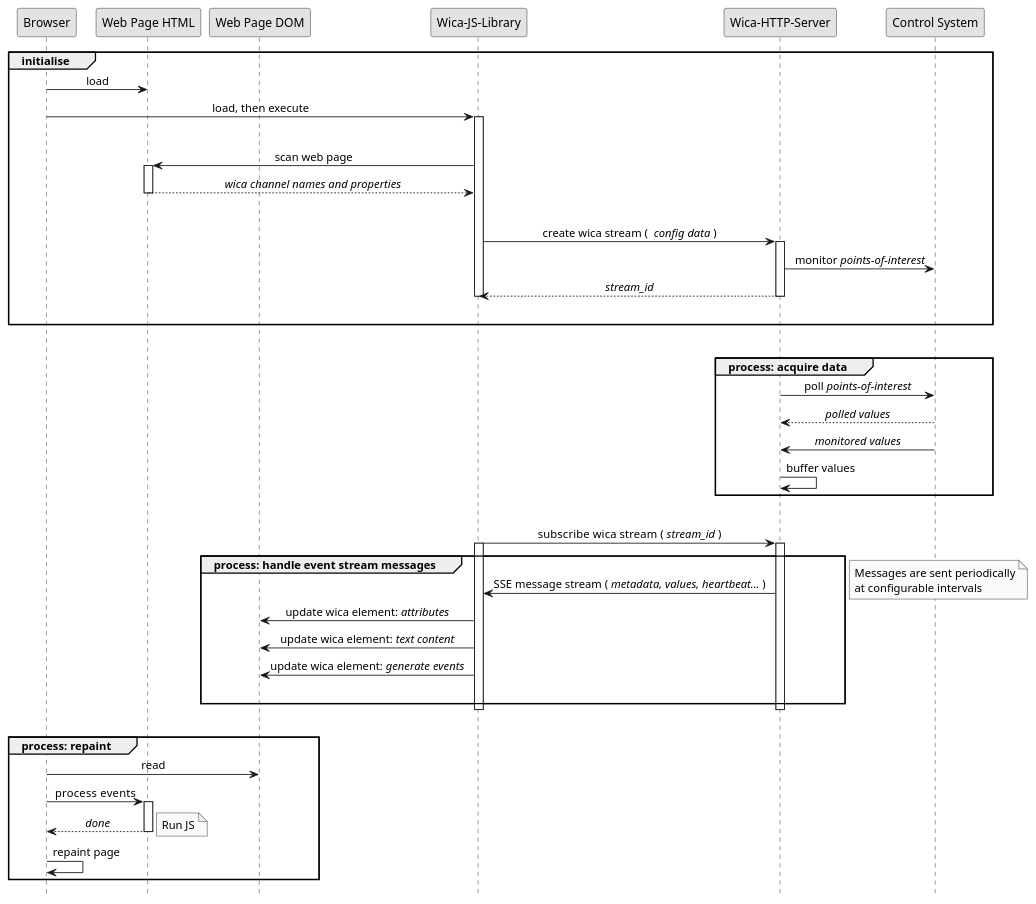
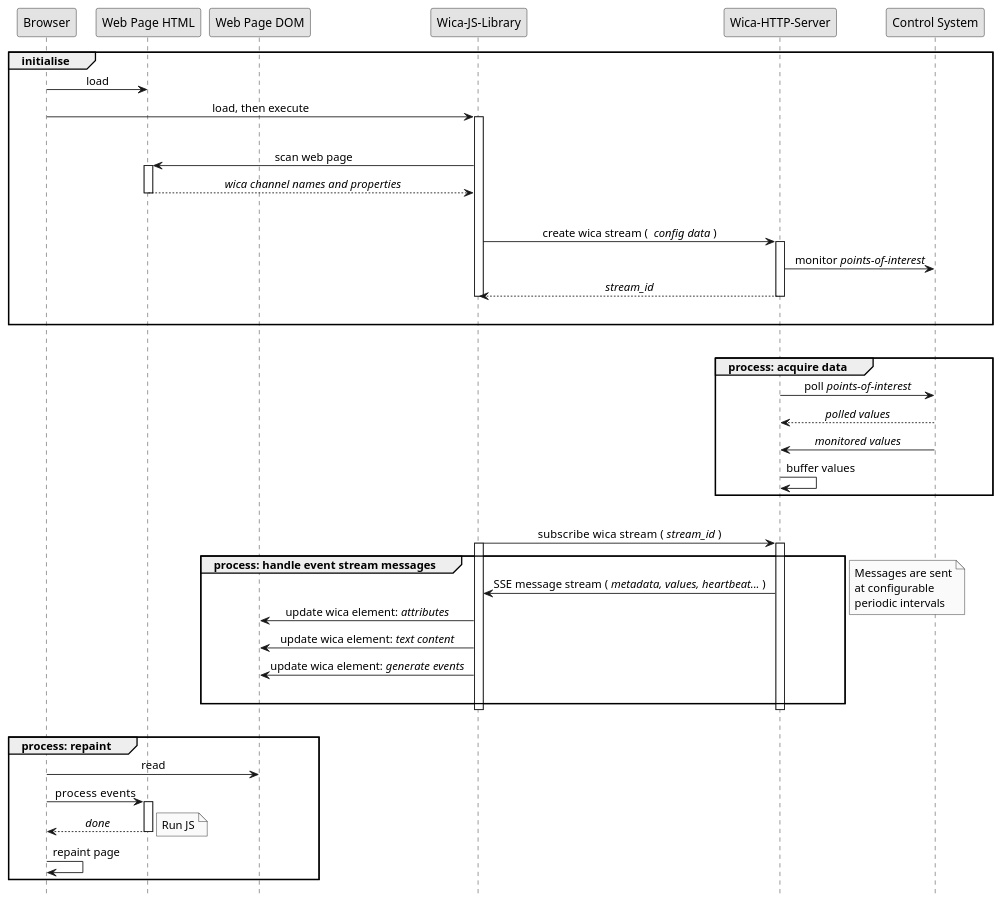
One commit to paulscherrerinstitute/wica-js changed the diagram in docs/sequence.puml. Above: the diagram before and after it, drawn with PlantUML. The commit also changed other lines of this file and 1 other file, not shown here.

```diff
--- a/docs/sequence.puml
+++ b/docs/sequence.puml
@@ -3,61 +7,61 @@
 @startuml
 
 participant "Browser"
 participant "Web Page HTML"
 participant "Web Page DOM"
 participant "Wica-JS-Library"
 participant "Wica-HTTP-Server"
 participant "Control System"
 
 hide footbox
 skinparam sequenceMessageAlign center
 skinparam monochrome true
 
 group initialise
 "Browser" -> "Web Page HTML" : load
 "Browser" -> "Wica-JS-Library" : load, then execute
 |||
 activate "Wica-JS-Library"
 "Wica-JS-Library" -> "Web Page HTML"  : scan web page
 activate "Web Page HTML"
 return // wica channel names and properties//
 |||
 "Wica-JS-Library" -> "Wica-HTTP-Server" : create wica stream ( // config data// )
 activate "Wica-HTTP-Server"
     "Wica-HTTP-Server" -> "Control System" : monitor //points-of-interest//
 return //stream_id//
 deactivate "Wica-JS-Library"
 |||
 end
 |||
 group process: acquire data
     "Wica-HTTP-Server" -> "Control System" : poll //points-of-interest//
     return //polled values//
         "Control System" -> "Wica-HTTP-Server" : //monitored values//
     "Wica-HTTP-Server" -> "Wica-HTTP-Server" : buffer values
 end
 |||
 "Wica-JS-Library" -> "Wica-HTTP-Server" : subscribe wica stream  ( //stream_id// )
 activate "Wica-JS-Library"
 activate "Wica-HTTP-Server"
 group process: handle event stream messages
     "Wica-HTTP-Server" -> "Wica-JS-Library" : SSE message stream ( //metadata, values, heartbeat...// )
     "Wica-JS-Library" -> "Web Page DOM" : update wica element: //attributes//
     "Wica-JS-Library" -> "Web Page DOM" : update wica element: //text content//
     "Wica-JS-Library" -> "Web Page DOM" : update wica element: //generate events//
 |||
 end
-note left: Messages are sent periodically\nat configurable intervals
+note left: Messages are sent\nat configurable\nperiodic intervals
 deactivate "Wica-JS-Library"
 deactivate "Wica-HTTP-Server"
 |||
 group process: repaint
     "Browser" -> "Web Page DOM" : read
     "Browser" -> "Web Page HTML" : process  events
     activate "Web Page HTML"
     return //done//
     note right: Run JS
     "Browser" -> "Browser" : repaint page
 end
 
 @enduml
```
